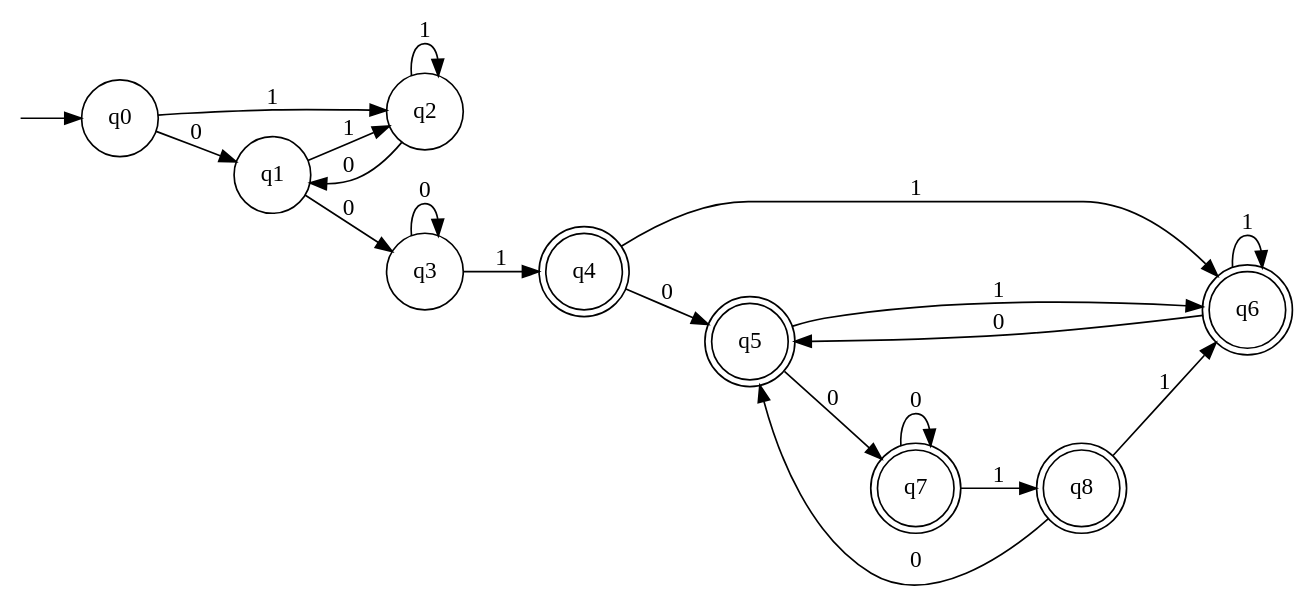
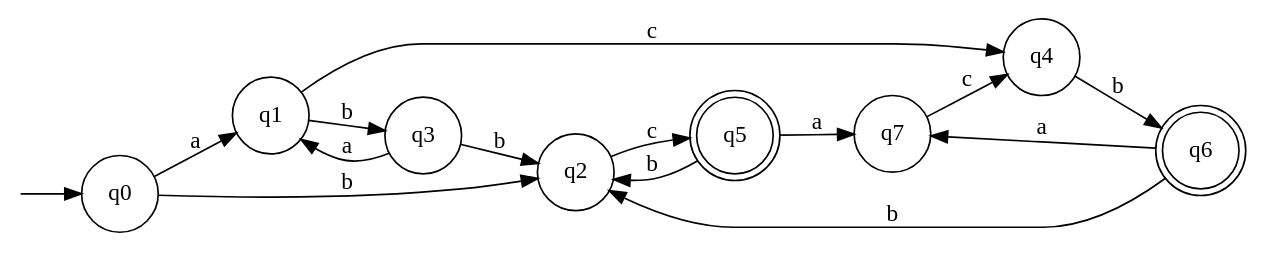
One commit to water-mizuu/finite_automata_conversion changed the diagram in dfa.dot. Above: the diagram before and after it, drawn with Graphviz. The commit also changed 11 other files, not shown here.

```diff
--- a/dfa.dot
+++ b/dfa.dot
@@ -1,32 +1,26 @@
 digraph G {
   rankdir=LR;
   n__ [label="" shape=none width=.0];
   0 [shape=circle label="q0"]
   1 [shape=circle label="q1"]
   2 [shape=circle label="q2"]
   3 [shape=circle label="q3"]
-  4 [shape=doublecircle label="q4"]
+  4 [shape=circle label="q4"]
   5 [shape=doublecircle label="q5"]
   6 [shape=doublecircle label="q6"]
-  7 [shape=doublecircle label="q7"]
-  8 [shape=doublecircle label="q8"]
+  7 [shape=circle label="q7"]
   n__ -> 0;
-  0 -> 1 [label="0"]
-  0 -> 2 [label="1"]
-  1 -> 3 [label="0"]
-  1 -> 2 [label="1"]
-  2 -> 1 [label="0"]
-  2 -> 2 [label="1"]
-  3 -> 3 [label="0"]
-  3 -> 4 [label="1"]
-  4 -> 5 [label="0"]
-  4 -> 6 [label="1"]
-  5 -> 7 [label="0"]
-  5 -> 6 [label="1"]
-  6 -> 5 [label="0"]
-  6 -> 6 [label="1"]
-  7 -> 7 [label="0"]
-  7 -> 8 [label="1"]
-  8 -> 5 [label="0"]
-  8 -> 6 [label="1"]
+  0 -> 1 [label="a"]
+  0 -> 2 [label="b"]
+  1 -> 3 [label="b"]
+  1 -> 4 [label="c"]
+  2 -> 5 [label="c"]
+  3 -> 1 [label="a"]
+  3 -> 2 [label="b"]
+  4 -> 6 [label="b"]
+  5 -> 7 [label="a"]
+  5 -> 2 [label="b"]
+  6 -> 7 [label="a"]
+  6 -> 2 [label="b"]
+  7 -> 4 [label="c"]
 }
```
